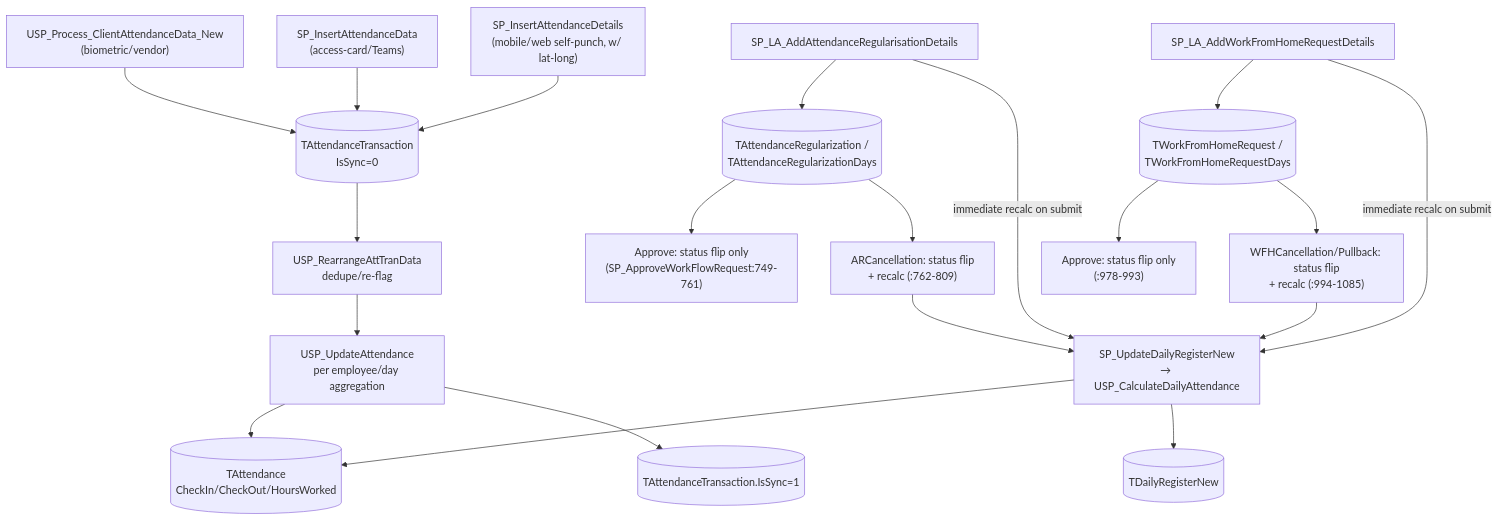
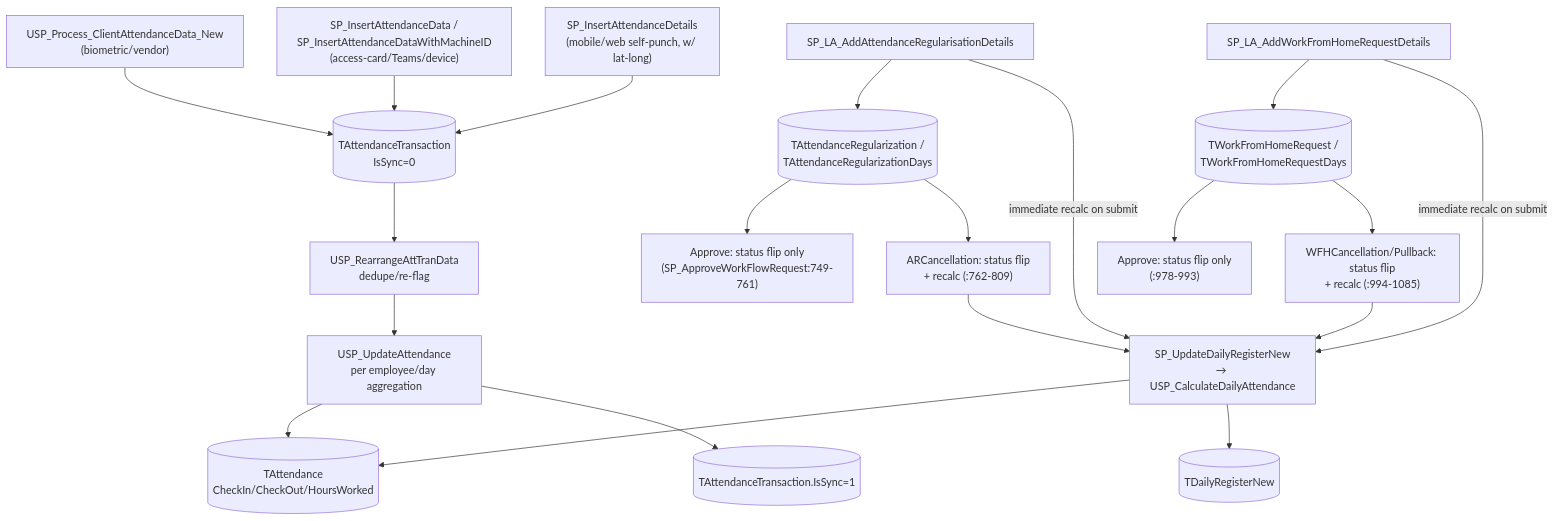
Before and after one commit to hanhn-dev/hrms: the first of 2 diagrams in apps/backstage/content/llm-wiki/domain/attendance-lifecycle.md, drawn with Mermaid. The commit also changed other lines of this file and 14 other files, not shown here.

````diff
--- a/apps/backstage/content/llm-wiki/domain/attendance-lifecycle.md
+++ b/apps/backstage/content/llm-wiki/domain/attendance-lifecycle.md
@@ -133,23 +137,23 @@
 ```mermaid
 flowchart TD
   In1["USP_Process_ClientAttendanceData_New<br/>(biometric/vendor)"] --> TT
-  In2["SP_InsertAttendanceData<br/>(access-card/Teams)"] --> TT
+  In2["SP_InsertAttendanceData /<br/>SP_InsertAttendanceDataWithMachineID<br/>(access-card/Teams/device)"] --> TT
   In3["SP_InsertAttendanceDetails<br/>(mobile/web self-punch, w/ lat-long)"] --> TT
   TT[("TAttendanceTransaction<br/>IsSync=0")] --> Clean["USP_RearrangeAttTranData<br/>dedupe/re-flag"]
   Clean --> Agg["USP_UpdateAttendance<br/>per employee/day aggregation"]
   Agg --> Attendance[("TAttendance<br/>CheckIn/CheckOut/HoursWorked")]
   Agg --> Sync[("TAttendanceTransaction.IsSync=1")]
   AR["SP_LA_AddAttendanceRegularisationDetails"] --> ARTbl[("TAttendanceRegularization /<br/>TAttendanceRegularizationDays")]
   AR -->|"immediate recalc on submit"| Register
   WFH["SP_LA_AddWorkFromHomeRequestDetails"] --> WFHTbl[("TWorkFromHomeRequest /<br/>TWorkFromHomeRequestDays")]
   WFH -->|"immediate recalc on submit"| Register
   ARTbl --> ARApprove["Approve: status flip only<br/>(SP_ApproveWorkFlowRequest:749-761)"]
   ARTbl --> ARCancel["ARCancellation: status flip<br/>+ recalc (:762-809)"]
   WFHTbl --> WFHApprove["Approve: status flip only<br/>(:978-993)"]
   WFHTbl --> WFHCancel["WFHCancellation/Pullback: status flip<br/>+ recalc (:994-1085)"]
   ARCancel --> Register
   WFHCancel --> Register
   Register["SP_UpdateDailyRegisterNew<br/>→ USP_CalculateDailyAttendance"]
   Register --> Attendance
   Register --> DRN[("TDailyRegisterNew")]
 ```
````
